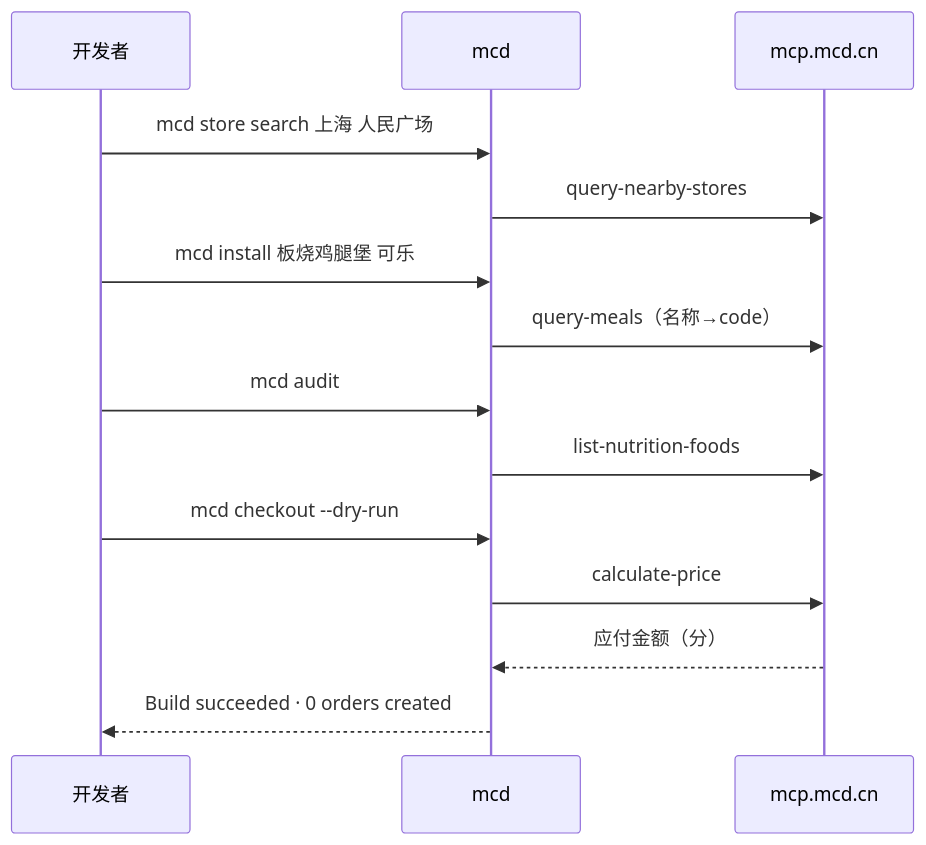
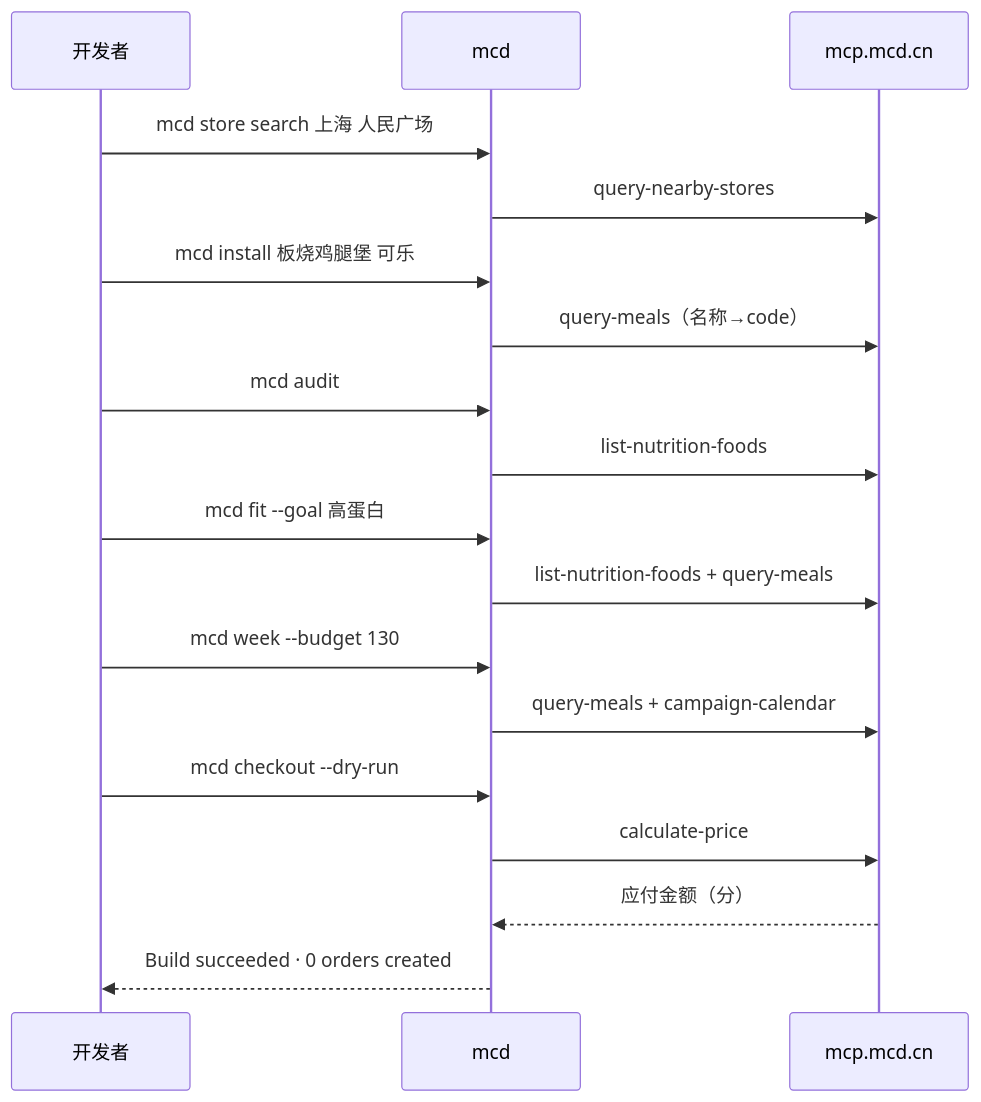
Before and after one commit to frankxzx/mcd-cli: the diagram in MCP_INTEGRATION.md, drawn with Mermaid. The commit also changed other lines of this file and 9 other files, not shown here.

First line of the commit message:
feat: merge fit + week as subcommands (flagship for McD contest)

````diff
--- a/MCP_INTEGRATION.md
+++ b/MCP_INTEGRATION.md
@@ -20,16 +20,20 @@
 ```mermaid
 sequenceDiagram
   participant Dev as 开发者
   participant CLI as mcd
   participant MCP as mcp.mcd.cn
   Dev->>CLI: mcd store search 上海 人民广场
   CLI->>MCP: query-nearby-stores
   Dev->>CLI: mcd install 板烧鸡腿堡 可乐
   CLI->>MCP: query-meals（名称→code）
   Dev->>CLI: mcd audit
   CLI->>MCP: list-nutrition-foods
+  Dev->>CLI: mcd fit --goal 高蛋白
+  CLI->>MCP: list-nutrition-foods + query-meals
+  Dev->>CLI: mcd week --budget 130
+  CLI->>MCP: query-meals + campaign-calendar
   Dev->>CLI: mcd checkout --dry-run
   CLI->>MCP: calculate-price
   MCP-->>CLI: 应付金额（分）
   CLI-->>Dev: Build succeeded · 0 orders created
 ```
````
